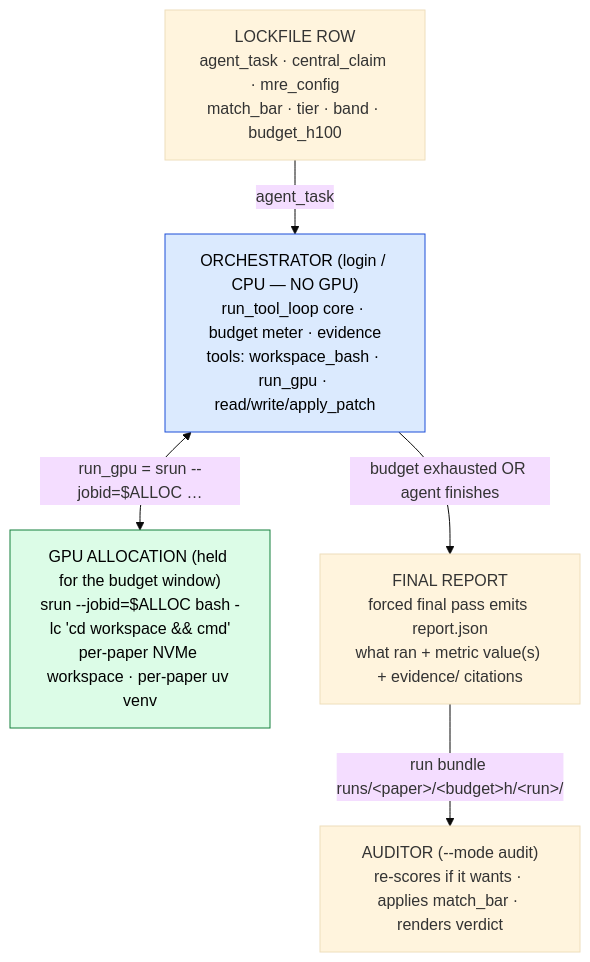
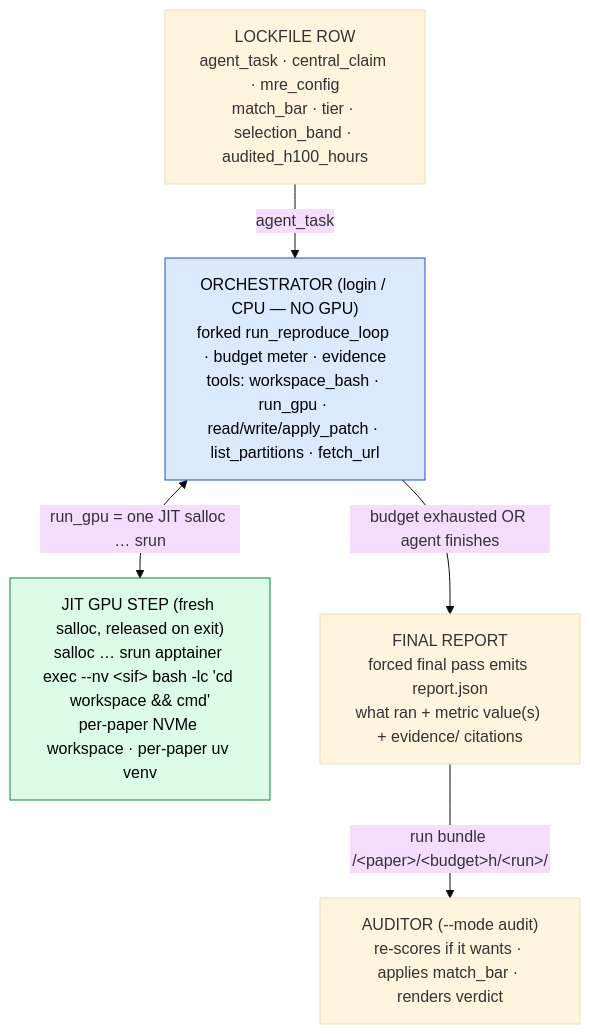
Before and after one commit to mithils3/reprocli: the diagram in docs/modes/reproduction.md, drawn with Mermaid (base theme). The commit also changed other lines of this file and 14 other files, not shown here.

````diff
--- a/docs/modes/reproduction.md
+++ b/docs/modes/reproduction.md
@@ -54,16 +55,16 @@
 ```mermaid
 flowchart TD
   classDef cpu fill:#dbeafe,stroke:#1d4ed8,color:#000;
   classDef gpu fill:#dcfce7,stroke:#15803d,color:#000;
 
-  LOCK["LOCKFILE ROW<br/>agent_task · central_claim · mre_config<br/>match_bar · tier · band · budget_h100"]
-  ORCH["ORCHESTRATOR (login / CPU — NO GPU)<br/>run_tool_loop core · budget meter · evidence<br/>tools: workspace_bash · run_gpu · read/write/apply_patch"]:::cpu
-  GPU["GPU ALLOCATION (held for the budget window)<br/>srun --jobid=$ALLOC bash -lc 'cd workspace && cmd'<br/>per-paper NVMe workspace · per-paper uv venv"]:::gpu
+  LOCK["LOCKFILE ROW<br/>agent_task · central_claim · mre_config<br/>match_bar · tier · selection_band · audited_h100_hours"]
+  ORCH["ORCHESTRATOR (login / CPU — NO GPU)<br/>forked run_reproduce_loop · budget meter · evidence<br/>tools: workspace_bash · run_gpu · read/write/apply_patch · list_partitions · fetch_url"]:::cpu
+  GPU["JIT GPU STEP (fresh salloc, released on exit)<br/>salloc … srun apptainer exec --nv &lt;sif&gt; bash -lc 'cd workspace && cmd'<br/>per-paper NVMe workspace · per-paper uv venv"]:::gpu
   REP["FINAL REPORT<br/>forced final pass emits report.json<br/>what ran + metric value(s) + evidence/ citations"]
   AU["AUDITOR (--mode audit)<br/>re-scores if it wants · applies match_bar · renders verdict"]
 
   LOCK -->|agent_task| ORCH
-  ORCH <-->|"run_gpu = srun --jobid=$ALLOC …"| GPU
+  ORCH <-->|"run_gpu = one JIT salloc … srun"| GPU
   ORCH -->|"budget exhausted OR agent finishes"| REP
-  REP -->|"run bundle runs/&lt;paper&gt;/&lt;budget&gt;h/&lt;run&gt;/"| AU
+  REP -->|"run bundle <runs-dir>/&lt;paper&gt;/&lt;budget&gt;h/&lt;run&gt;/"| AU
 ```
````
